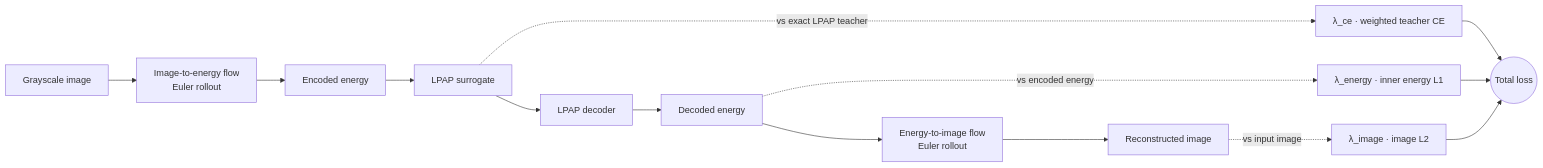
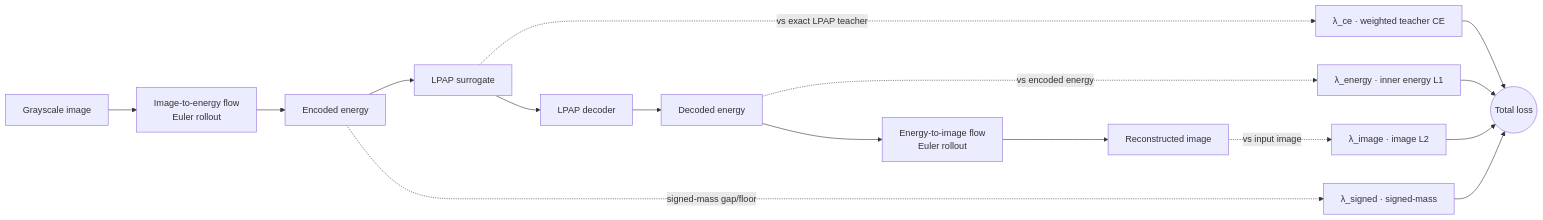
Before and after one commit to matovitch/lpap: the fourth of 5 diagrams in doc/training-stack.md, drawn with Mermaid. The commit also changed other lines of this file and 5 other files, not shown here.

````diff
--- a/doc/training-stack.md
+++ b/doc/training-stack.md
@@ -105,18 +105,20 @@
 ```mermaid
 flowchart LR
     img[Grayscale image] --> i2e[Image-to-energy flow<br/>Euler rollout]
     i2e --> enc[Encoded energy]
     enc --> sur[LPAP surrogate]
     sur --> dec[LPAP decoder]
     dec --> den[Decoded energy]
     den --> e2i[Energy-to-image flow<br/>Euler rollout]
     e2i --> rec[Reconstructed image]
 
     sur -. "vs exact LPAP teacher" .-> ce["λ_ce · weighted teacher CE"]
     den -. "vs encoded energy" .-> el1["λ_energy · inner energy L1"]
     rec -. "vs input image" .-> il2["λ_image · image L2"]
+    enc -. "signed-mass gap/floor" .-> sm["λ_signed · signed-mass"]
 
     ce --> total((Total loss))
     el1 --> total
     il2 --> total
+    sm --> total
 ```
````
